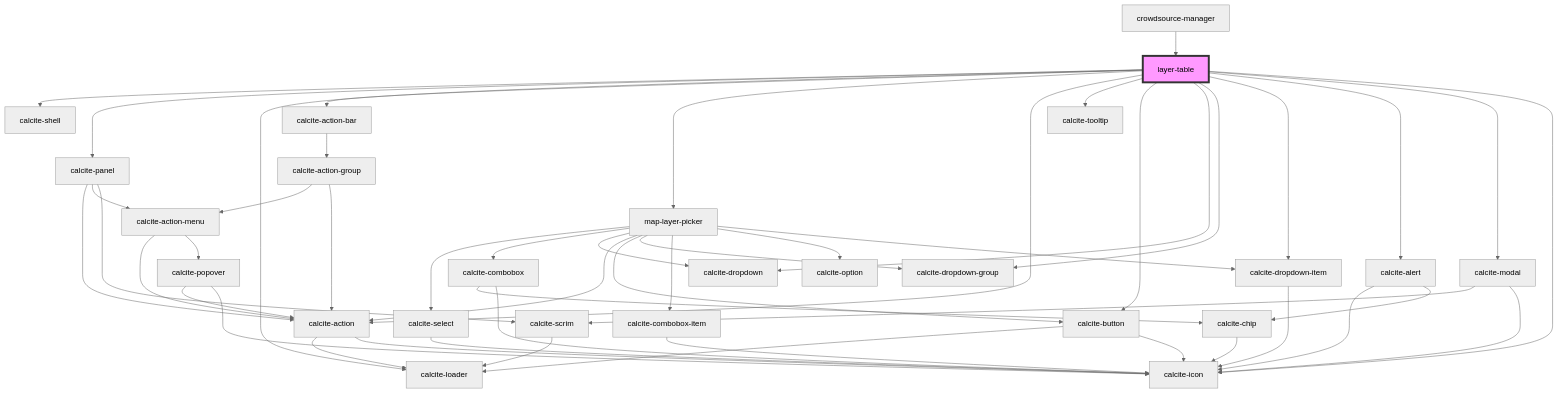
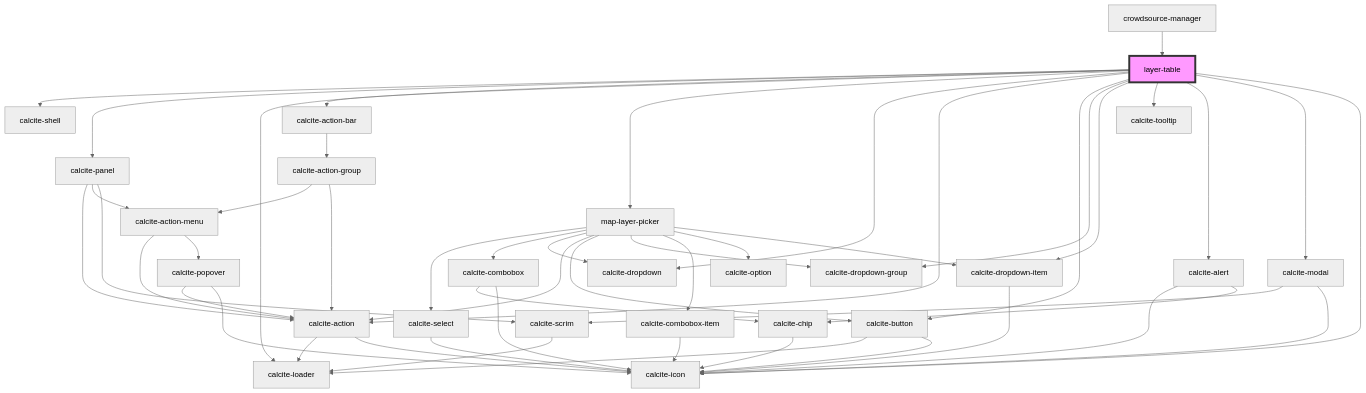
Before and after one commit to Esri/solutions-components: the diagram in src/components/layer-table/readme.md, drawn with Mermaid (neutral theme). The commit also changed other lines of this file and 3 other files, not shown here.

````diff
--- a/src/components/layer-table/readme.md
+++ b/src/components/layer-table/readme.md
@@ -64,53 +64,53 @@
 ```mermaid
 graph TD;
   layer-table --> calcite-shell
   layer-table --> calcite-panel
   layer-table --> calcite-loader
   layer-table --> calcite-action-bar
   layer-table --> map-layer-picker
+  layer-table --> calcite-dropdown
   layer-table --> calcite-action
-  layer-table --> calcite-tooltip
   layer-table --> calcite-button
-  layer-table --> calcite-dropdown
   layer-table --> calcite-dropdown-group
   layer-table --> calcite-dropdown-item
+  layer-table --> calcite-tooltip
   layer-table --> calcite-alert
   layer-table --> calcite-modal
   layer-table --> calcite-icon
   calcite-panel --> calcite-action
   calcite-panel --> calcite-action-menu
   calcite-panel --> calcite-scrim
   calcite-action --> calcite-loader
   calcite-action --> calcite-icon
   calcite-action-menu --> calcite-action
   calcite-action-menu --> calcite-popover
   calcite-popover --> calcite-action
   calcite-popover --> calcite-icon
   calcite-scrim --> calcite-loader
   calcite-action-bar --> calcite-action-group
   calcite-action-group --> calcite-action-menu
   calcite-action-group --> calcite-action
   map-layer-picker --> calcite-select
   map-layer-picker --> calcite-combobox
   map-layer-picker --> calcite-dropdown
   map-layer-picker --> calcite-action
   map-layer-picker --> calcite-button
   map-layer-picker --> calcite-dropdown-group
   map-layer-picker --> calcite-combobox-item
   map-layer-picker --> calcite-option
   map-layer-picker --> calcite-dropdown-item
   calcite-select --> calcite-icon
   calcite-combobox --> calcite-chip
   calcite-combobox --> calcite-icon
   calcite-chip --> calcite-icon
   calcite-button --> calcite-loader
   calcite-button --> calcite-icon
   calcite-combobox-item --> calcite-icon
   calcite-dropdown-item --> calcite-icon
   calcite-alert --> calcite-icon
   calcite-alert --> calcite-chip
   calcite-modal --> calcite-scrim
   calcite-modal --> calcite-icon
   crowdsource-manager --> layer-table
   style layer-table fill:#f9f,stroke:#333,stroke-width:4px
 ```
````
